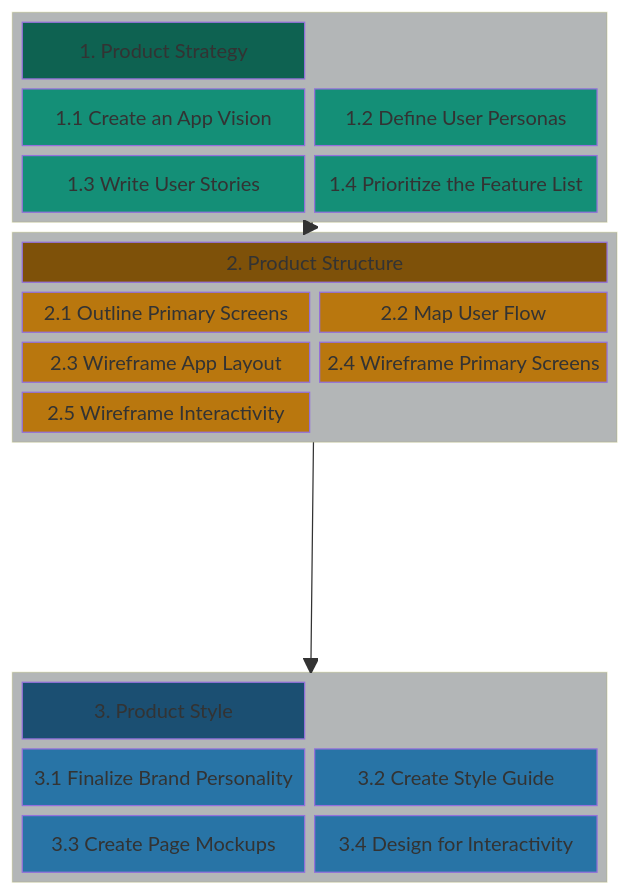
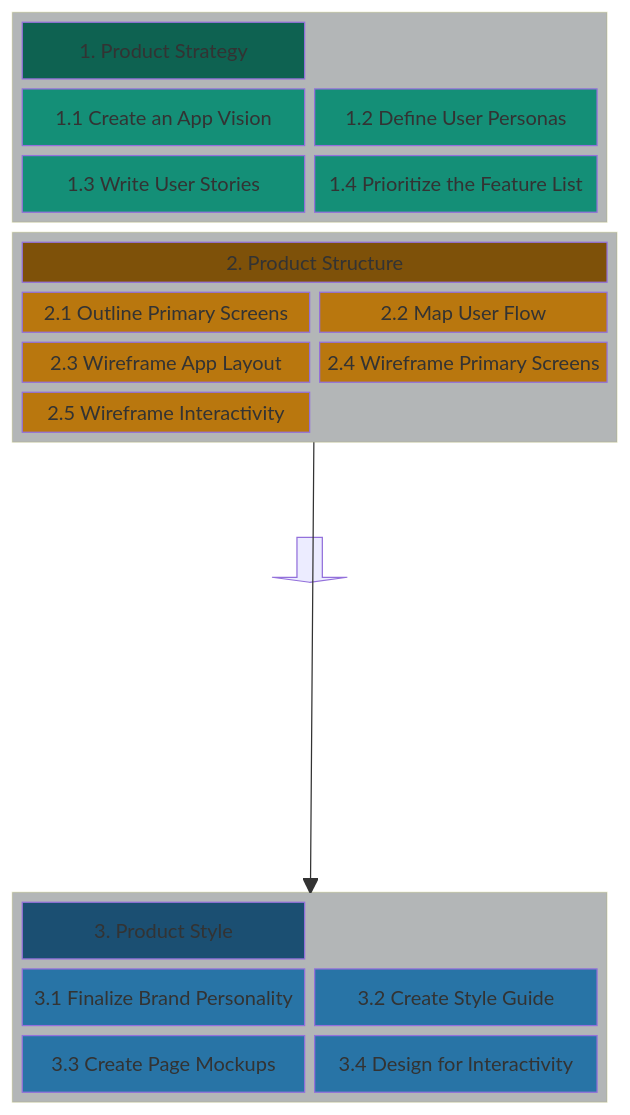
One commit to chingu-voyages/Handbook changed the diagram in docs/resources/techresources/uiux.md. Above: the diagram before and after it, drawn with Mermaid.

Commit message:
Feature: Add UI/UX workflow process template

````diff
--- a/docs/resources/techresources/uiux.md
+++ b/docs/resources/techresources/uiux.md
@@ -15,54 +15,54 @@
 ```mermaid
 block-beta
 columns 1
   block:STRATEGY
     columns 2
     A["1. Product Strategy"]:2
     B["1.1 Create an App Vision"]
     C["1.2 Define User Personas"]
     D["1.3 Write User Stories"]
     E["1.4 Prioritize the Feature List"]
   end
   block:STRUCTURE
     columns 2
     G["2. Product Structure"]:2
     H["2.1 Outline Primary Screens"]
     I["2.2 Map User Flow"]
     J["2.3 Wireframe App Layout"]
     K["2.4 Wireframe Primary Screens"]
     L["2.5 Wireframe Interactivity"]
   end
-  STRATEGY --> STRUCTURE
+    blockArrowId6<["&nbsp;&nbsp;&nbsp;"]>(down)
   space
   block:STYLE
     columns 2
     M["3. Product Style"]:2
     N["3.1 Finalize Brand Personality"]
     O["3.2 Create Style Guide"]
     P["3.3 Create Page Mockups"]
     Q["3.4 Design for Interactivity"]
   end
   STRUCTURE --> STYLE
   style A fill:#0e6251
   style B fill:#148f77
   style C fill:#148f77
   style D fill:#148f77
   style E fill:#148f77
 
   style G fill:#7e5109
   style H fill:#b9770e
   style I fill:#b9770e
   style J fill:#b9770e
   style K fill:#b9770e
   style L fill:#b9770e
 
   style M fill:#1b4f72
   style N fill:#2874a6
   style O fill:#2874a6
   style P fill:#2874a6
   style Q fill:#2874a6
 
   style STRATEGY fill:#b3b6b7
   style STRUCTURE fill:#b3b6b7
   style STYLE fill:#b3b6b7
 ```
````
